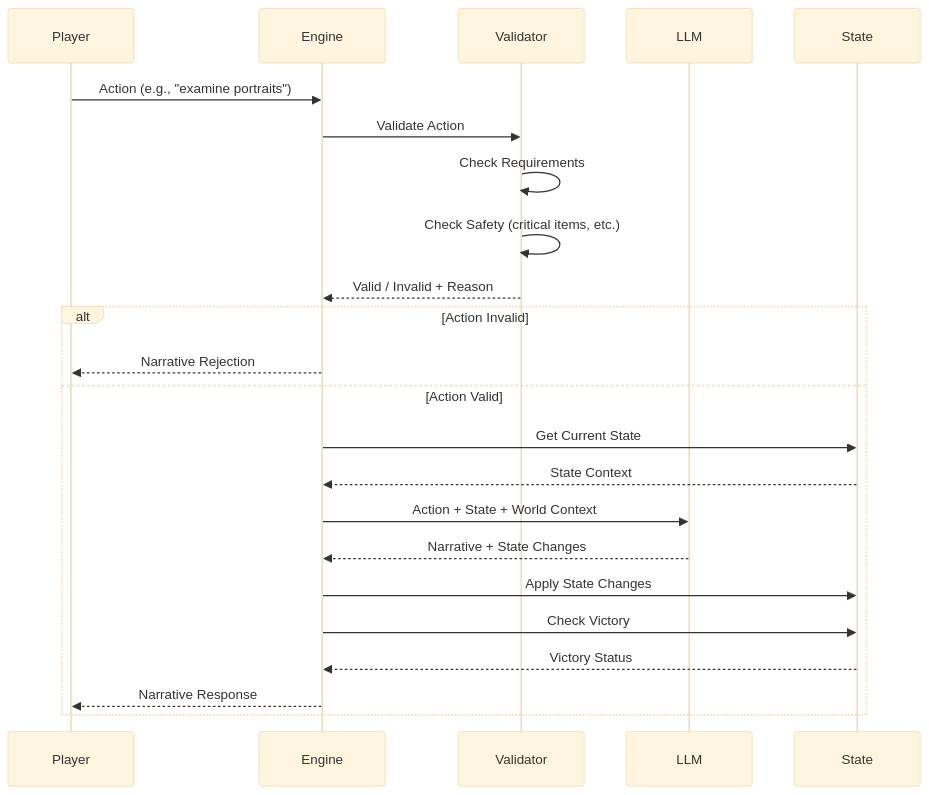
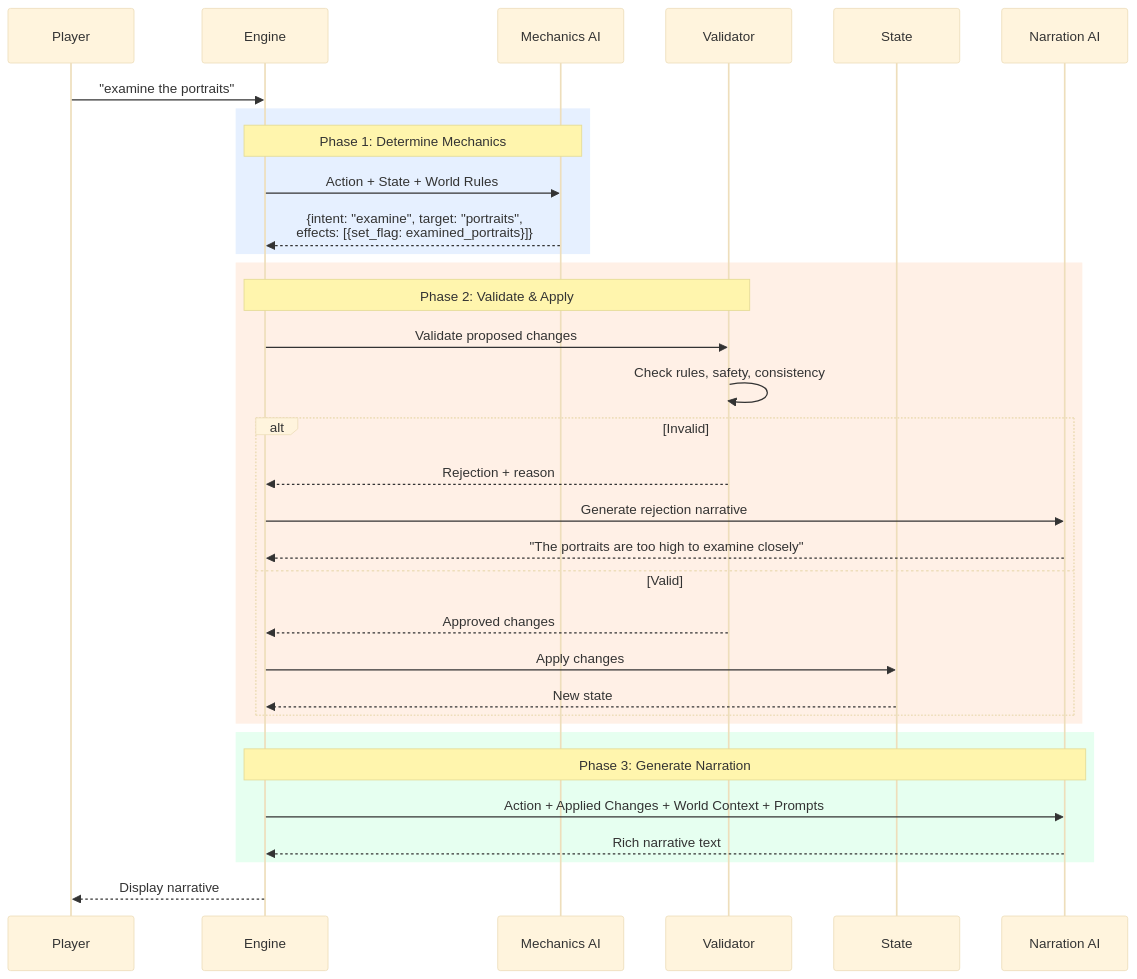
Before and after one commit to hazelcreek/gaime: the tenth of 12 diagrams in ideas/game-mechanics-design.md, drawn with Mermaid (base theme). The commit also changed other lines of this file, not shown here.

Commit message:
Refactor: Add state persistence and narrative architecture

````diff
--- a/ideas/game-mechanics-design.md
+++ b/ideas/game-mechanics-design.md
@@ -1515,27 +2114,40 @@
 ```mermaid
 sequenceDiagram
     participant P as Player
     participant E as Engine
+    participant MA as Mechanics AI
     participant V as Validator
-    participant LLM as LLM
     participant S as State
+    participant NA as Narration AI
     
-    P->>E: Action (e.g., "examine portraits")
-    E->>V: Validate Action
-    V->>V: Check Requirements
-    V->>V: Check Safety (critical items, etc.)
-    V-->>E: Valid / Invalid + Reason
+    P->>E: "examine the portraits"
     
-    alt Action Invalid
-        E-->>P: Narrative Rejection
-    else Action Valid
-        E->>S: Get Current State
-        S-->>E: State Context
-        E->>LLM: Action + State + World Context
-        LLM-->>E: Narrative + State Changes
-        E->>S: Apply State Changes
-        E->>S: Check Victory
-        S-->>E: Victory Status
-        E-->>P: Narrative Response
+    rect rgb(230, 240, 255)
+        Note over E,MA: Phase 1: Determine Mechanics
+        E->>MA: Action + State + World Rules
+        MA-->>E: {intent: "examine", target: "portraits",<br/>effects: [{set_flag: examined_portraits}]}
     end
+    
+    rect rgb(255, 240, 230)
+        Note over E,V: Phase 2: Validate & Apply
+        E->>V: Validate proposed changes
+        V->>V: Check rules, safety, consistency
+        alt Invalid
+            V-->>E: Rejection + reason
+            E->>NA: Generate rejection narrative
+            NA-->>E: "The portraits are too high to examine closely"
+        else Valid
+            V-->>E: Approved changes
+            E->>S: Apply changes
+            S-->>E: New state
+        end
+    end
+    
+    rect rgb(230, 255, 240)
+        Note over E,NA: Phase 3: Generate Narration
+        E->>NA: Action + Applied Changes + World Context + Prompts
+        NA-->>E: Rich narrative text
+    end
+    
+    E-->>P: Display narrative
 ```
````
